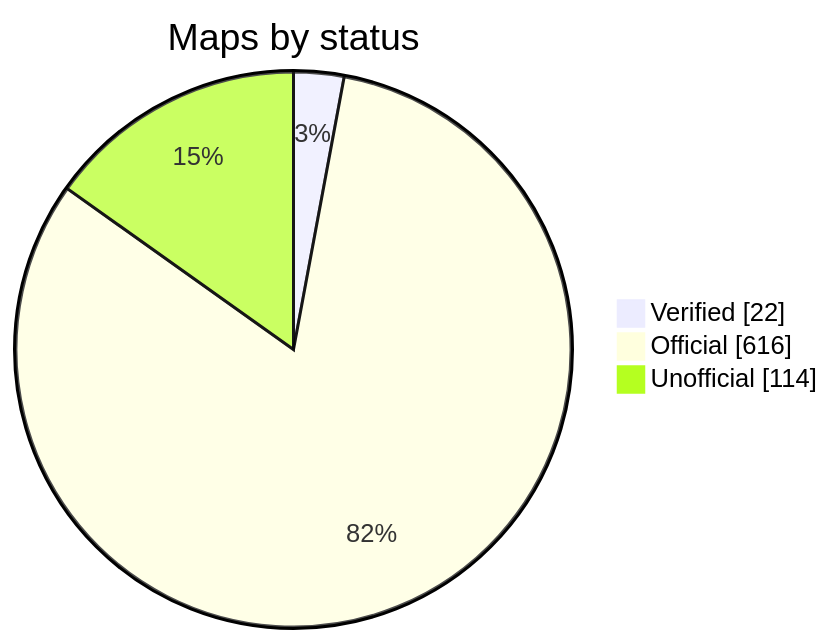
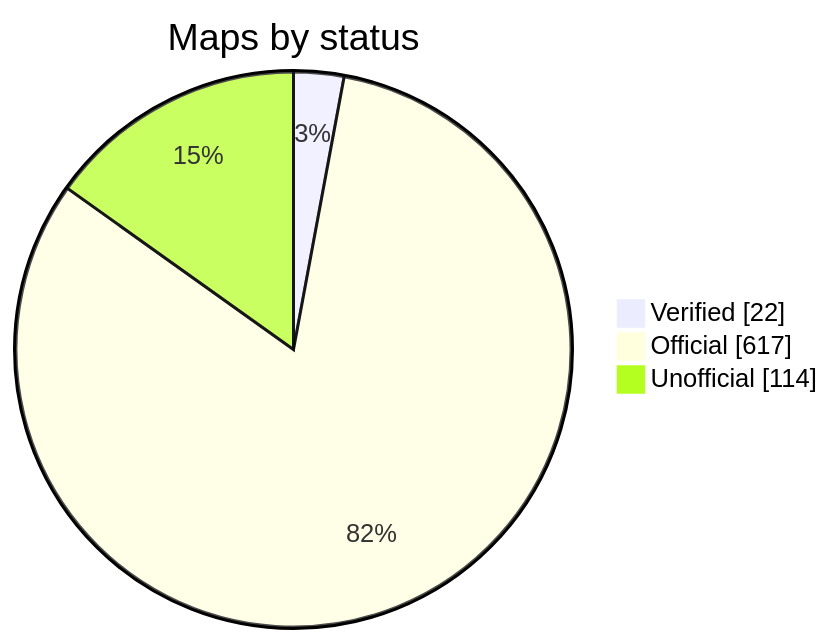
One commit to nobrega8/mbmap-library changed the diagram in README.md. Above: the diagram before and after it, drawn with Mermaid. The commit also changed 6 other files, not shown here.

````diff
--- a/README.md
+++ b/README.md
@@ -52,7 +52,7 @@
 ```mermaid
 pie showData
     title Maps by status
     "Verified" : 22
-    "Official" : 616
+    "Official" : 617
     "Unofficial" : 114
 ```
````
